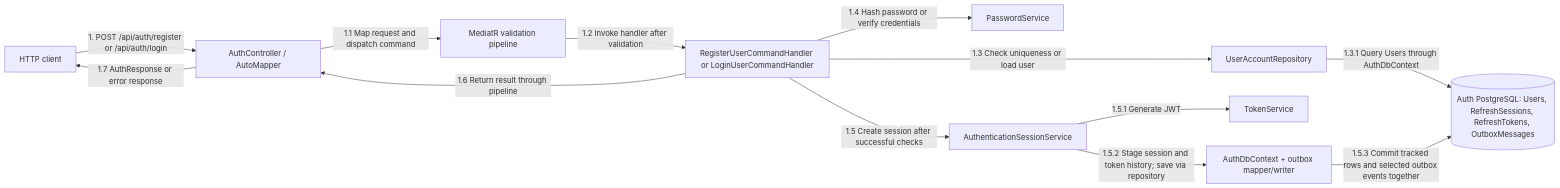
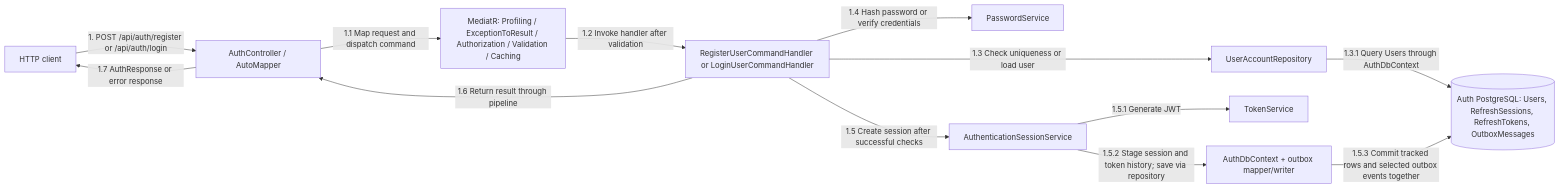
The first of 4 diagrams in src/Services/Auth/COMMUNICATION.md (bogdan-spilevoi/ASET-master-year-1), drawn with Mermaid before and after one commit. The commit also changed other lines of this file and 26 other files, not shown here.

````diff
--- a/src/Services/Auth/COMMUNICATION.md
+++ b/src/Services/Auth/COMMUNICATION.md
@@ -10,26 +10,26 @@
 ```mermaid
 flowchart LR
     Client["HTTP client"]
     API["AuthController / AutoMapper"]
-    Pipeline["MediatR validation pipeline"]
+    Pipeline["MediatR: Profiling / ExceptionToResult / Authorization / Validation / Caching"]
     Handler["RegisterUserCommandHandler or LoginUserCommandHandler"]
     Password["PasswordService"]
     Repository["UserAccountRepository"]
     Session["AuthenticationSessionService"]
     Tokens["TokenService"]
     Context["AuthDbContext + outbox mapper/writer"]
     DB[("Auth PostgreSQL: Users, RefreshSessions, RefreshTokens, OutboxMessages")]
 
     Client -->|"1. POST /api/auth/register or /api/auth/login"| API
     API -->|"1.1 Map request and dispatch command"| Pipeline
     Pipeline -->|"1.2 Invoke handler after validation"| Handler
     Handler -->|"1.3 Check uniqueness or load user"| Repository
     Repository -->|"1.3.1 Query Users through AuthDbContext"| DB
     Handler -->|"1.4 Hash password or verify credentials"| Password
     Handler -->|"1.5 Create session after successful checks"| Session
     Session -->|"1.5.1 Generate JWT"| Tokens
     Session -->|"1.5.2 Stage session and token history; save via repository"| Context
     Context -->|"1.5.3 Commit tracked rows and selected outbox events together"| DB
     Handler -->|"1.6 Return result through pipeline"| API
     API -->|"1.7 AuthResponse or error response"| Client
 ```
````
